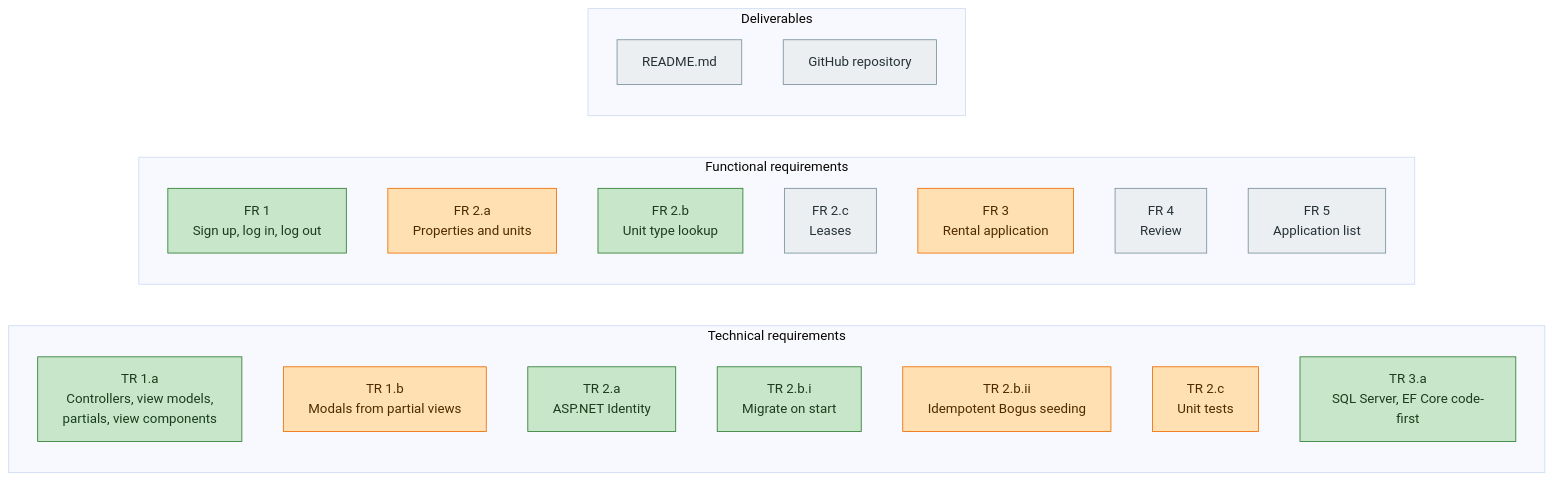
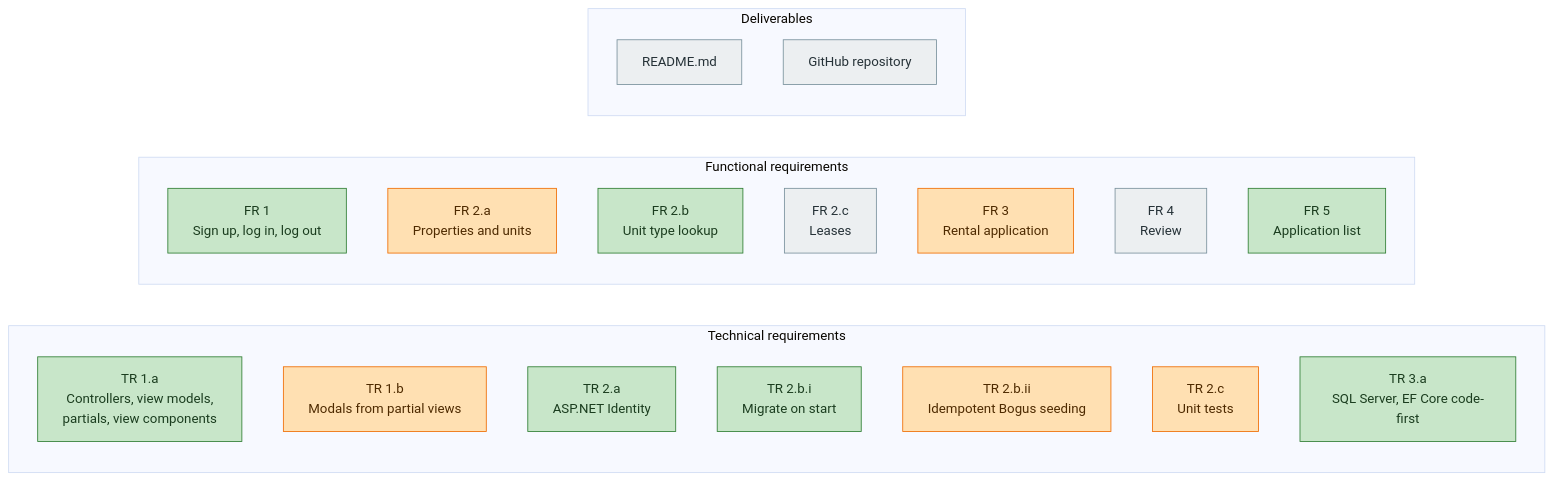
The first of 7 diagrams in docs/diagrams.md (breps83/troy-rentalportal), drawn with Mermaid (base theme) before and after one commit. The commit also changed other lines of this file and 1 other file, not shown here.

First line of the commit message:
Document withdrawal and application list progress

````diff
--- a/docs/diagrams.md
+++ b/docs/diagrams.md
@@ -20,31 +20,31 @@
 ```mermaid
 flowchart LR
     classDef done fill:#c8e6c9,stroke:#2e7d32,color:#1b3d1f
     classDef partial fill:#ffe0b2,stroke:#ef6c00,color:#4e2a00
     classDef todo fill:#eceff1,stroke:#78909c,color:#263238
 
     subgraph TR["Technical requirements"]
         TR1a["TR 1.a<br/>Controllers, view models,<br/>partials, view components"]:::done
         TR1b["TR 1.b<br/>Modals from partial views"]:::partial
         TR2a["TR 2.a<br/>ASP.NET Identity"]:::done
         TR2b1["TR 2.b.i<br/>Migrate on start"]:::done
         TR2b2["TR 2.b.ii<br/>Idempotent Bogus seeding"]:::partial
         TR2c["TR 2.c<br/>Unit tests"]:::partial
         TR3["TR 3.a<br/>SQL Server, EF Core code-first"]:::done
     end
 
     subgraph FR["Functional requirements"]
         FR1["FR 1<br/>Sign up, log in, log out"]:::done
         FR2a["FR 2.a<br/>Properties and units"]:::partial
         FR2b["FR 2.b<br/>Unit type lookup"]:::done
         FR2c["FR 2.c<br/>Leases"]:::todo
         FR3["FR 3<br/>Rental application"]:::partial
         FR4["FR 4<br/>Review"]:::todo
-        FR5["FR 5<br/>Application list"]:::todo
+        FR5["FR 5<br/>Application list"]:::done
     end
 
     subgraph DL["Deliverables"]
         README["README.md"]:::todo
         GH["GitHub repository"]:::todo
     end
 ```
````
